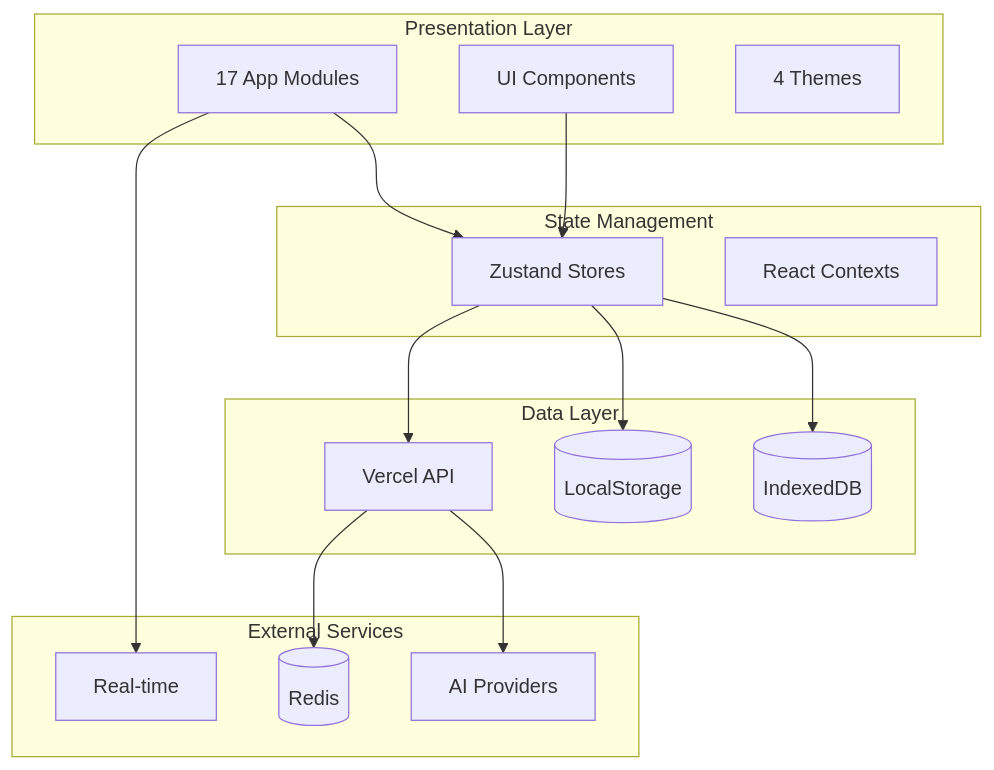
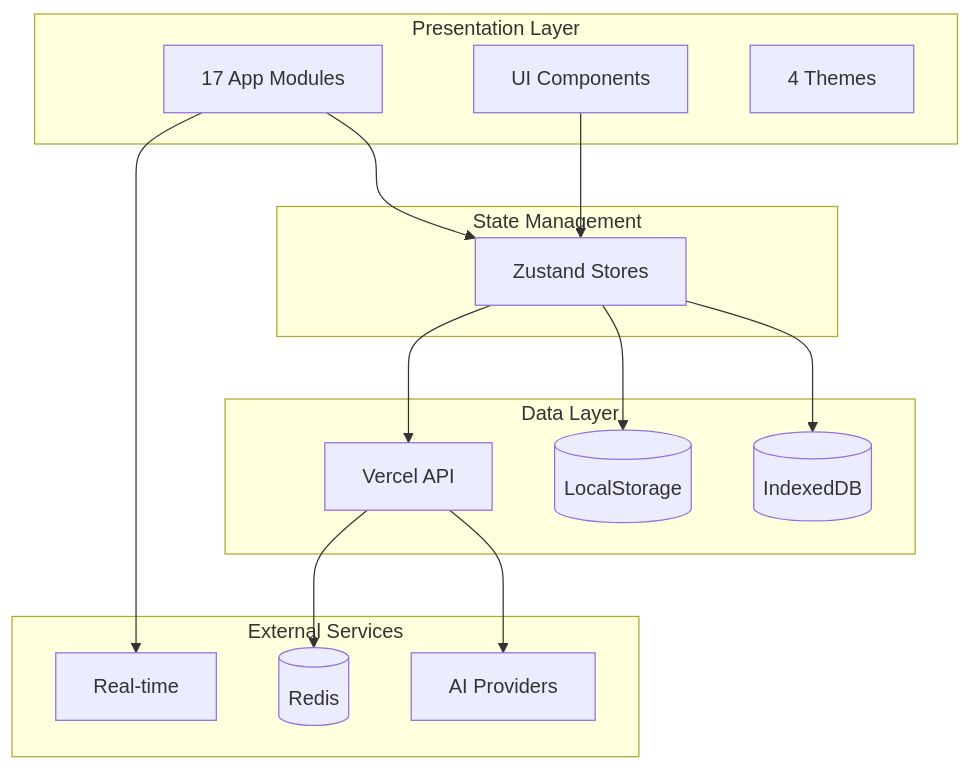
The diagram in docs/1-overview.md (ryokun6/ryos), drawn with Mermaid before and after one commit. The commit also changed other lines of this file and 54 other files, not shown here.

````diff
--- a/docs/1-overview.md
+++ b/docs/1-overview.md
@@ -5,34 +7,33 @@
 ```mermaid
 graph TB
     subgraph Presentation["Presentation Layer"]
         Apps[17 App Modules]
         UI[UI Components]
         Themes[4 Themes]
     end
     
     subgraph State["State Management"]
         Zustand[Zustand Stores]
-        Contexts[React Contexts]
     end
     
     subgraph Data["Data Layer"]
         IndexedDB[(IndexedDB)]
         LocalStorage[(LocalStorage)]
         API[Vercel API]
     end
     
     subgraph External["External Services"]
         AI[AI Providers]
         Pusher[Real-time]
         Redis[(Redis)]
     end
     
     Apps --> Zustand
     UI --> Zustand
     Zustand --> IndexedDB
     Zustand --> LocalStorage
     Zustand --> API
     API --> AI
     API --> Redis
     Apps --> Pusher
 ```
````
